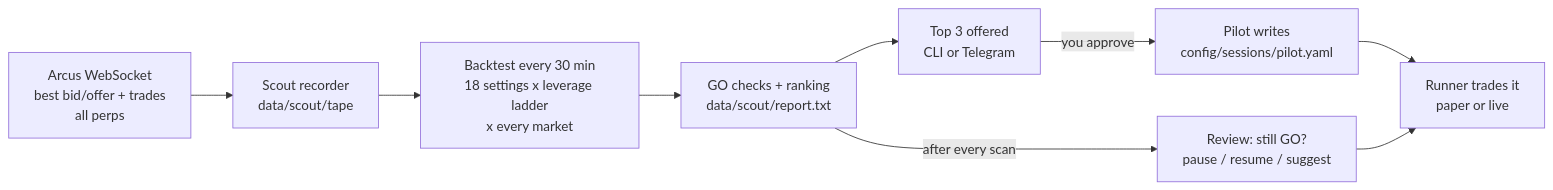
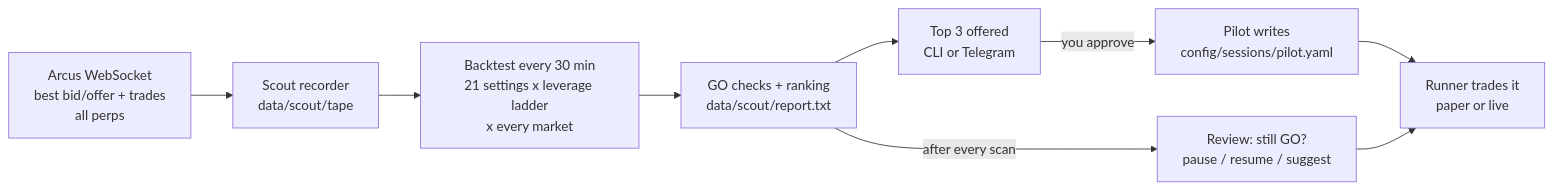
The diagram in README.md (dhruvamity/treading-bot), drawn with Mermaid before and after one commit. The commit also changed other lines of this file and 17 other files, not shown here.

First line of the commit message:
Scout menu from Tread.fi research: skip-US-session settings, anchored grid, live quotes where the backtest puts them

````diff
--- a/README.md
+++ b/README.md
@@ -64,11 +64,11 @@
 ```mermaid
 flowchart LR
     A[Arcus WebSocket<br/>best bid/offer + trades<br/>all perps] --> B[Scout recorder<br/>data/scout/tape]
-    B --> C[Backtest every 30 min<br/>18 settings x leverage ladder<br/>x every market]
+    B --> C[Backtest every 30 min<br/>21 settings x leverage ladder<br/>x every market]
     C --> D[GO checks + ranking<br/>data/scout/report.txt]
     D --> E[Top 3 offered<br/>CLI or Telegram]
     E -->|you approve| F[Pilot writes<br/>config/sessions/pilot.yaml]
     F --> G[Runner trades it<br/>paper or live]
     D -->|after every scan| H[Review: still GO?<br/>pause / resume / suggest]
     H --> G
 ```
````
